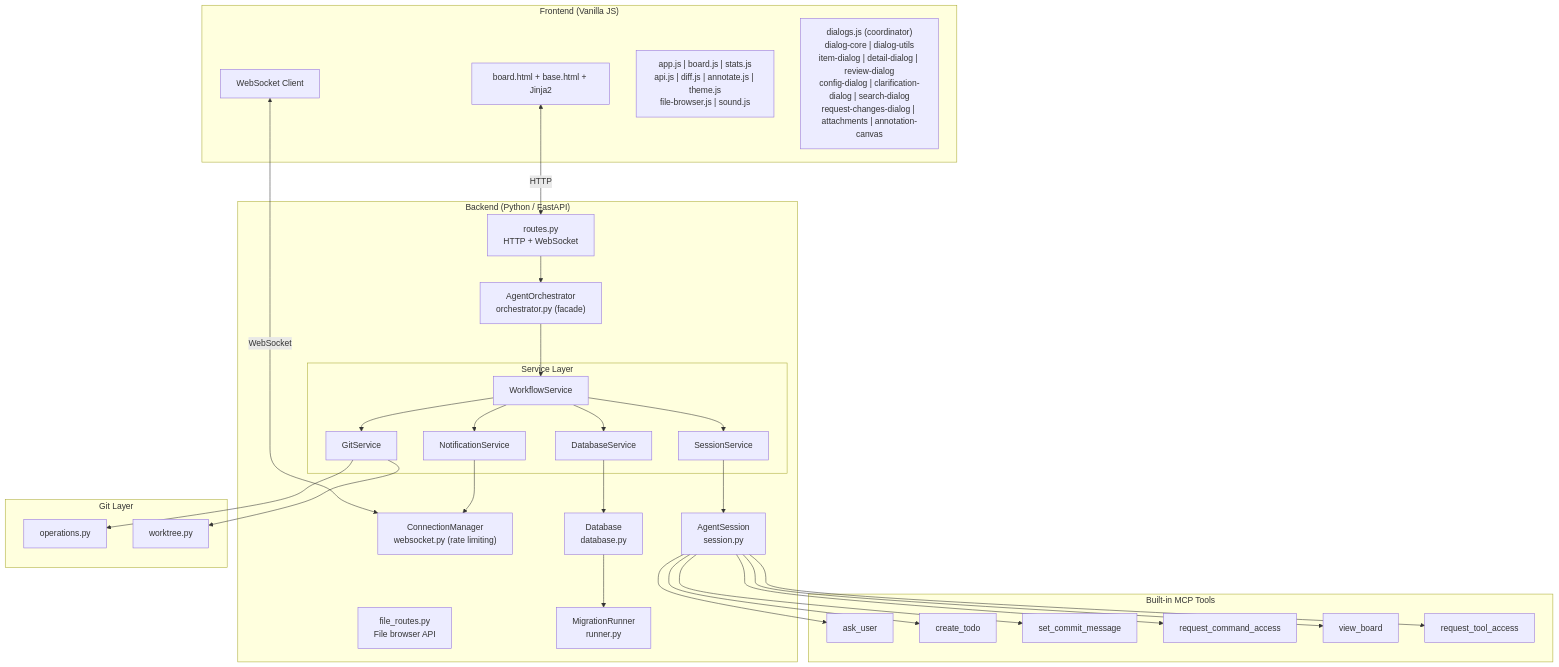
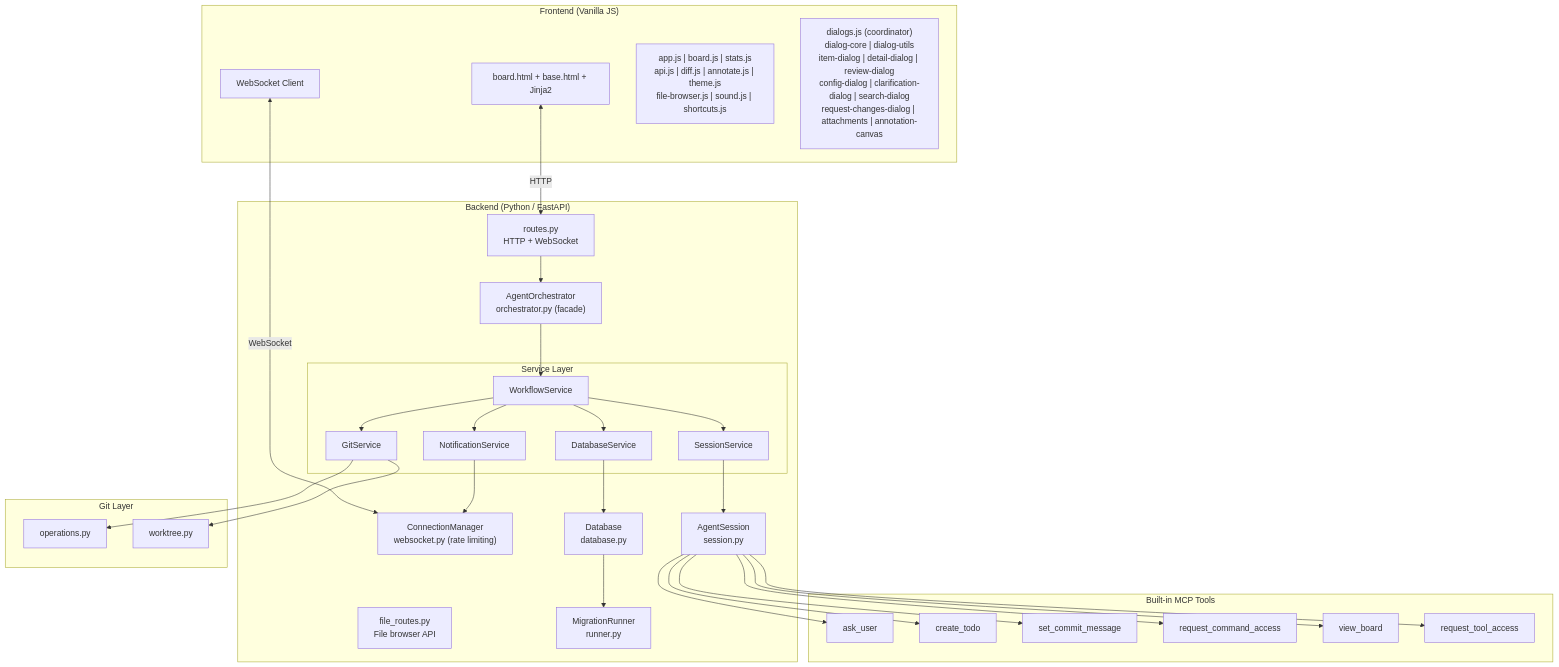
Before and after one commit to epatel/claude-agents-dashboard: the first of 4 diagrams in CLAUDE.md, drawn with Mermaid. The commit also changed other lines of this file and 2 other files, not shown here.

Commit message:
Update all documentation with current metrics and new features (shortcuts bar, worktree browsing, retry merge, bulk operations, dependency endpoints)

````diff
--- a/CLAUDE.md
+++ b/CLAUDE.md
@@ -33,61 +33,61 @@
 ```mermaid
 graph TB
     subgraph Frontend["Frontend (Vanilla JS)"]
         UI["board.html + base.html + Jinja2"]
         WS["WebSocket Client"]
-        Modules["app.js | board.js | stats.js<br/>api.js | diff.js | annotate.js | theme.js<br/>file-browser.js | sound.js"]
+        Modules["app.js | board.js | stats.js<br/>api.js | diff.js | annotate.js | theme.js<br/>file-browser.js | sound.js | shortcuts.js"]
         DlgModules["dialogs.js (coordinator)<br/>dialog-core | dialog-utils<br/>item-dialog | detail-dialog | review-dialog<br/>config-dialog | clarification-dialog | search-dialog<br/>request-changes-dialog | attachments | annotation-canvas"]
     end
 
     subgraph Backend["Backend (Python / FastAPI)"]
         R["routes.py<br/>HTTP + WebSocket"]
         FR["file_routes.py<br/>File browser API"]
         WSM["ConnectionManager<br/>websocket.py (rate limiting)"]
         O["AgentOrchestrator<br/>orchestrator.py (facade)"]
         subgraph SvcLayer["Service Layer"]
             WF["WorkflowService"]
             DBS["DatabaseService"]
             NS["NotificationService"]
             GS["GitService"]
             SS["SessionService"]
         end
         Sess["AgentSession<br/>session.py"]
         D["Database<br/>database.py"]
         M["MigrationRunner<br/>runner.py"]
     end
 
     subgraph MCPTools["Built-in MCP Tools"]
         C["ask_user"]
         T["create_todo"]
         CM["set_commit_message"]
         CA["request_command_access"]
         BV["view_board"]
         TA["request_tool_access"]
     end
 
     subgraph Git["Git Layer"]
         GO["operations.py"]
         GW["worktree.py"]
     end
 
     UI <-->|"HTTP"| R
     WS <-->|"WebSocket"| WSM
     R --> O
     O --> WF
     WF --> DBS
     WF --> GS
     WF --> NS
     WF --> SS
     SS --> Sess
     Sess --> C
     Sess --> T
     Sess --> CM
     Sess --> CA
     Sess --> BV
     Sess --> TA
     DBS --> D
     NS --> WSM
     D --> M
     GS --> GO
     GS --> GW
 ```
````
